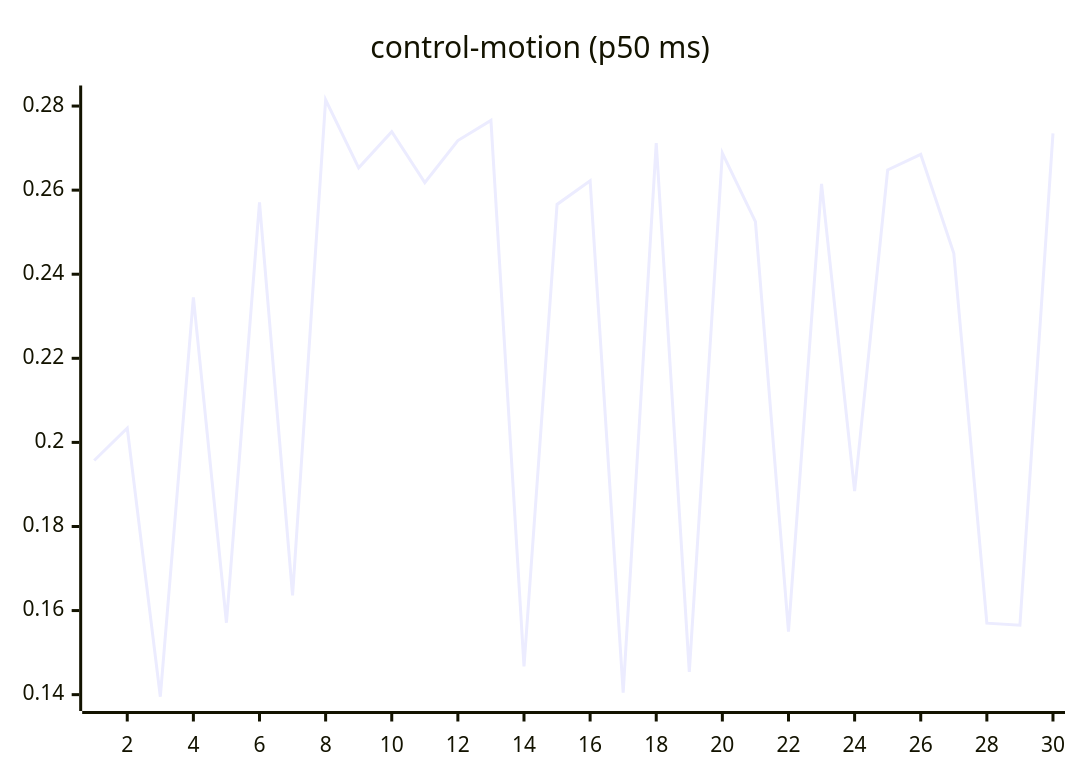
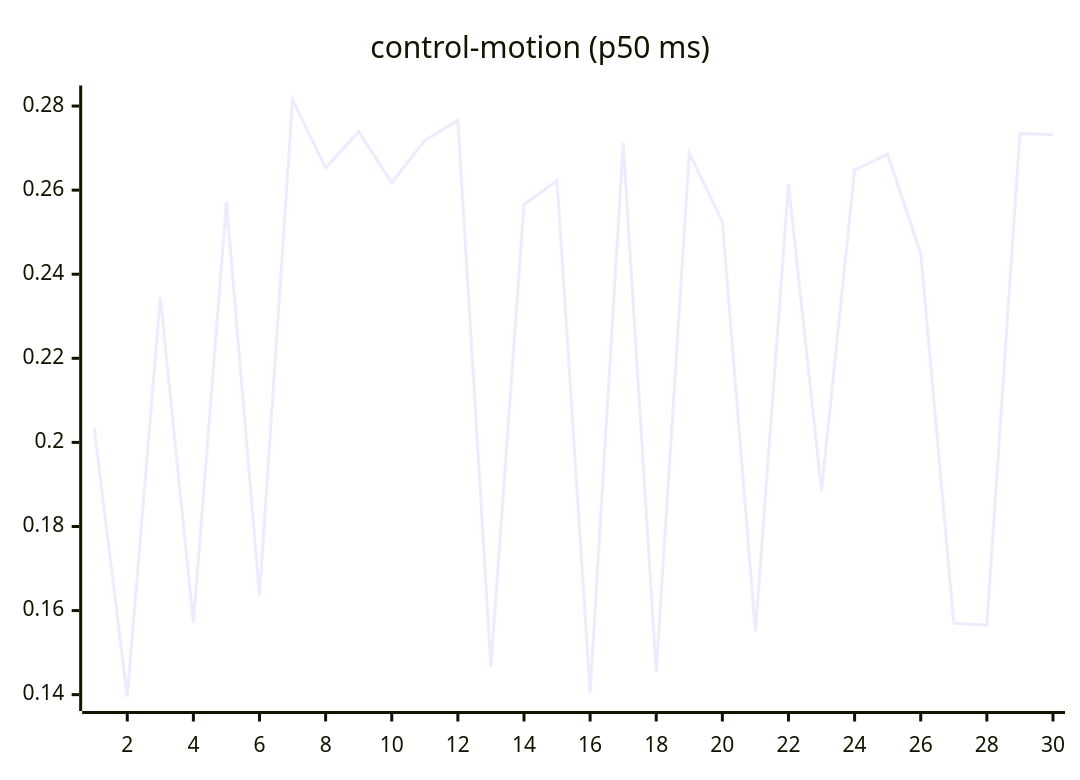
Before and after one commit to josha/Facet: the seventh of 27 diagrams in README.md, drawn with Mermaid. The commit also changed other lines of this file and 2 other files, not shown here.

````diff
--- a/README.md
+++ b/README.md
@@ -105,6 +105,6 @@
 ```mermaid
 xychart-beta
     title "control-motion (p50 ms)"
     x-axis 1 --> 30
-    line [0.1957, 0.2034, 0.1395, 0.2345, 0.1571, 0.2571, 0.1636, 0.2815, 0.2653, 0.2739, 0.2618, 0.2718, 0.2766, 0.1467, 0.2566, 0.2622, 0.1405, 0.2712, 0.1454, 0.2688, 0.2525, 0.1550, 0.2615, 0.1884, 0.2648, 0.2685, 0.2450, 0.1570, 0.1565, 0.2735]
+    line [0.2034, 0.1395, 0.2345, 0.1571, 0.2571, 0.1636, 0.2815, 0.2653, 0.2739, 0.2618, 0.2718, 0.2766, 0.1467, 0.2566, 0.2622, 0.1405, 0.2712, 0.1454, 0.2688, 0.2525, 0.1550, 0.2615, 0.1884, 0.2648, 0.2685, 0.2450, 0.1570, 0.1565, 0.2735, 0.2732]
 ```
````
